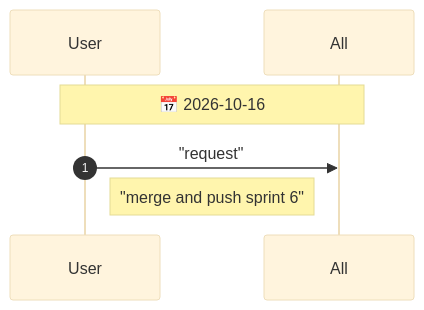
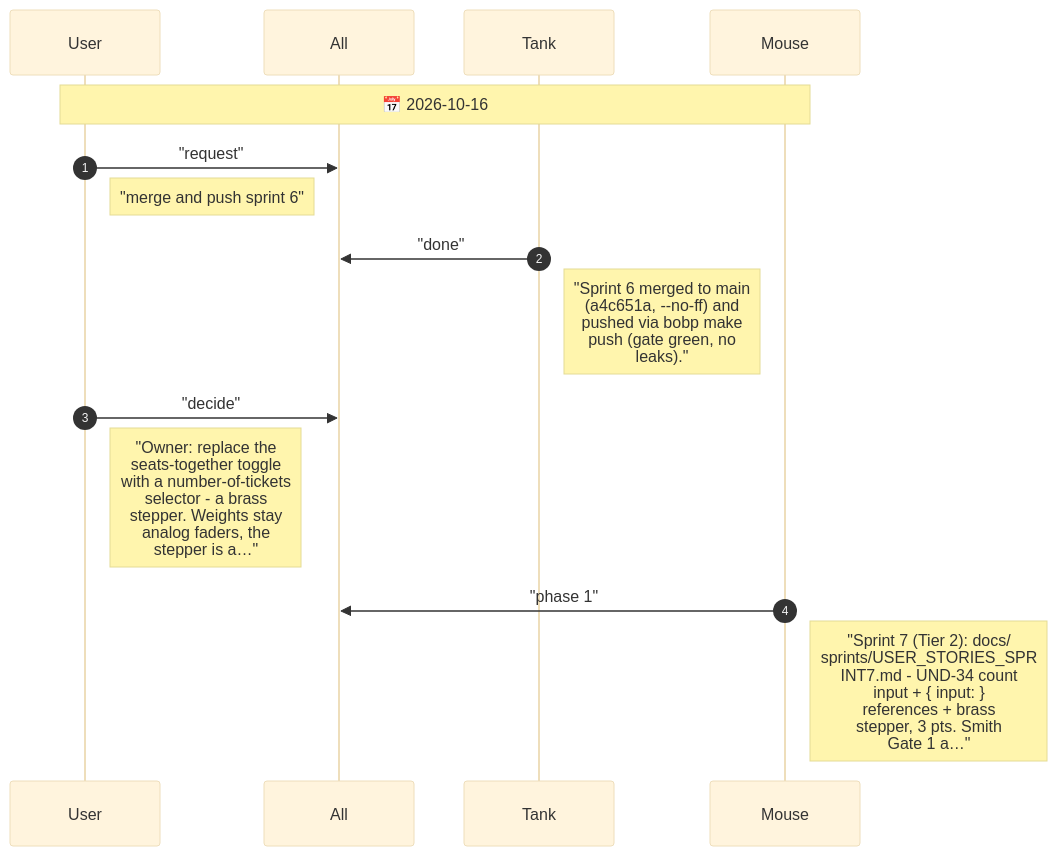
Before and after one commit to drusifer/understudy: the diagram in agents/CHAT.diagram.md, drawn with Mermaid (base theme). The commit also changed 13 other files, not shown here.

First line of the commit message:
Phase 1: count inputs and { input: } references (UND-34 AC1-3, AC5)

````diff
--- a/agents/CHAT.diagram.md
+++ b/agents/CHAT.diagram.md
@@ -5,10 +5,18 @@
 ```mermaid
 %%{init: {"sequence": {"messageFontSize": 14, "noteFontSize": 18, "actorFontSize": 14}}}%%
 sequenceDiagram
     autonumber
     participant User
     participant All
-    Note over User,All: 📅 2026-10-16
+    participant Tank
+    participant Mouse
+    Note over User,Mouse: 📅 2026-10-16
     User->>All: "request"
     Note right of User: "merge and push sprint 6"
+    Tank->>All: "done"
+    Note right of Tank: "Sprint 6 merged to main<br/>(a4c651a, --no-ff) and<br/>pushed via bobp make<br/>push (gate green, no<br/>leaks)."
+    User->>All: "decide"
+    Note right of User: "Owner: replace the<br/>seats-together toggle<br/>with a number-of-tickets<br/>selector - a brass<br/>stepper. Weights stay<br/>analog faders, the<br/>stepper is a…"
+    Mouse->>All: "phase 1"
+    Note right of Mouse: "Sprint 7 (Tier 2): docs/<br/>sprints/USER_STORIES_SPR<br/>INT7.md - UND-34 count<br/>input + { input: }<br/>references + brass<br/>stepper, 3 pts. Smith<br/>Gate 1 a…"
 ```
````
